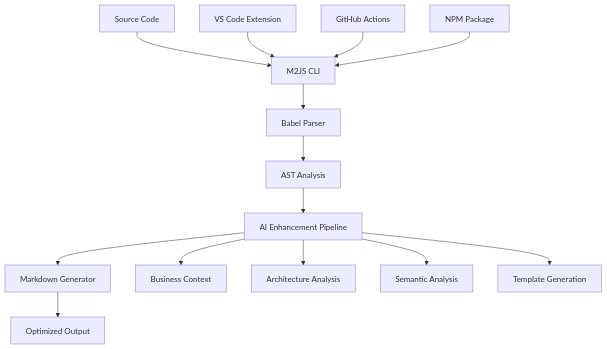
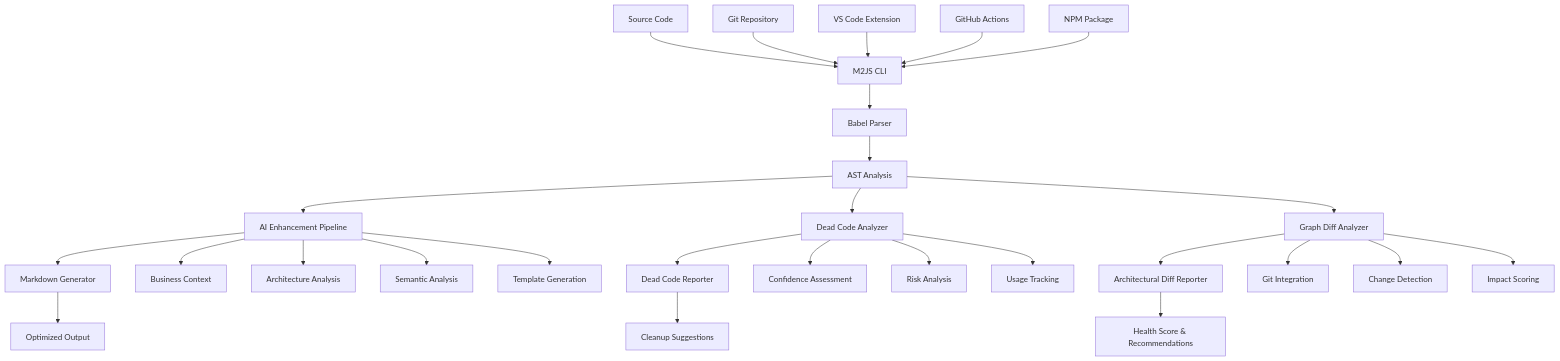
The first of 7 diagrams in docs/ARCHITECTURE.md (paulohenriquevn/m2js), drawn with Mermaid before and after one commit. The commit also changed other lines of this file and 10 other files, not shown here.

First line of the commit message:
feat(graph-diff): add CLI for Graph-Deep Diff Analysis

````diff
--- a/docs/ARCHITECTURE.md
+++ b/docs/ARCHITECTURE.md
@@ -22,18 +24,33 @@
 ```mermaid
 graph TB
     A[Source Code] --> B[M2JS CLI]
+    A1[Git Repository] --> B
     B --> C[Babel Parser]
     C --> D[AST Analysis]
     D --> E[AI Enhancement Pipeline]
+    D --> E2[Dead Code Analyzer]
+    D --> E3[Graph Diff Analyzer]
     E --> F[Markdown Generator]
+    E2 --> F2[Dead Code Reporter]
+    E3 --> F3[Architectural Diff Reporter]
     F --> G[Optimized Output]
+    F2 --> G2[Cleanup Suggestions]
+    F3 --> G3[Health Score & Recommendations]
     
     H[VS Code Extension] --> B
     I[GitHub Actions] --> B
     J[NPM Package] --> B
     
     E --> K[Business Context]
     E --> L[Architecture Analysis]
     E --> M[Semantic Analysis]
     E --> N[Template Generation]
+    
+    E2 --> O[Confidence Assessment]
+    E2 --> P[Risk Analysis]
+    E2 --> Q[Usage Tracking]
+    
+    E3 --> R[Git Integration]
+    E3 --> S[Change Detection]
+    E3 --> T[Impact Scoring]
 ```
````
